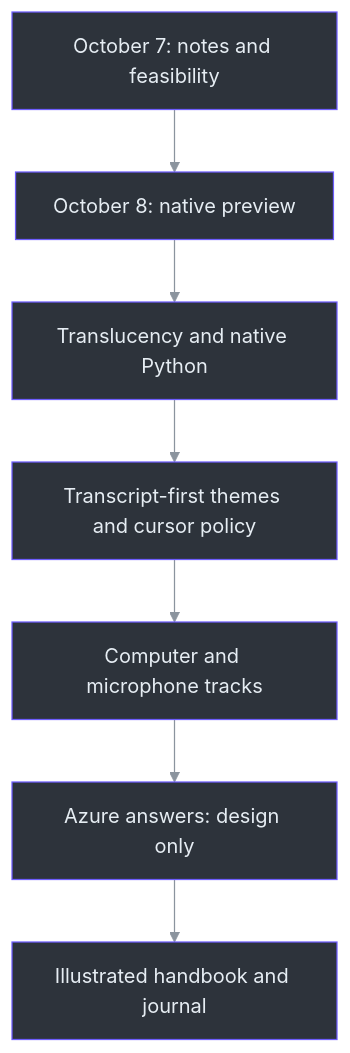
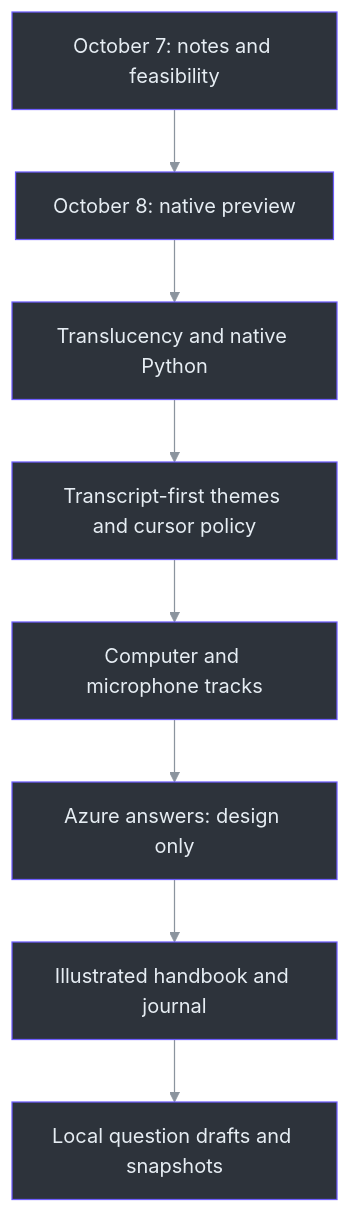
Before and after one commit to Zanark/phantom-fudge: the diagram in docs/handbook/assets/diagrams/journal-01.mmd, drawn with Mermaid. The commit also changed 107 other files, not shown here.

```diff
--- a/docs/handbook/assets/diagrams/journal-01.mmd
+++ b/docs/handbook/assets/diagrams/journal-01.mmd
@@ -1,14 +1,15 @@
 ---
 config: {"theme":"base","themeVariables":{"primaryColor":"#2d333b","primaryBorderColor":"#6d5dfc","primaryTextColor":"#e6edf3","lineColor":"#8b949e","textColor":"#e6edf3","clusterBkg":"#161b22","clusterBorder":"#30363d","actorBkg":"#2d333b","actorBorder":"#6d5dfc","actorTextColor":"#e6edf3","signalColor":"#8b949e","signalTextColor":"#e6edf3"}}
 ---
 flowchart TB
     accTitle: Evolution of Phantom Fudge
     accDescr: The product evolved from presentation notes to local dual-source transcription, with Azure answers still planned.
     A["October 7: notes and feasibility"] --> B["October 8: native preview"]
     B --> C["Translucency and native Python"]
     C --> D["Transcript-first themes and cursor policy"]
     D --> E["Computer and microphone tracks"]
     E --> F["Azure answers: design only"]
     F --> G["Illustrated handbook and journal"]
+    G --> H["Local question drafts and snapshots"]
     classDef stage fill:#2d333b,stroke:#6d5dfc,color:#e6edf3
-    class A,B,C,D,E,F,G stage
+    class A,B,C,D,E,F,G,H stage
```
